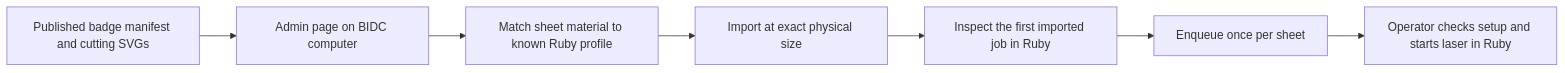
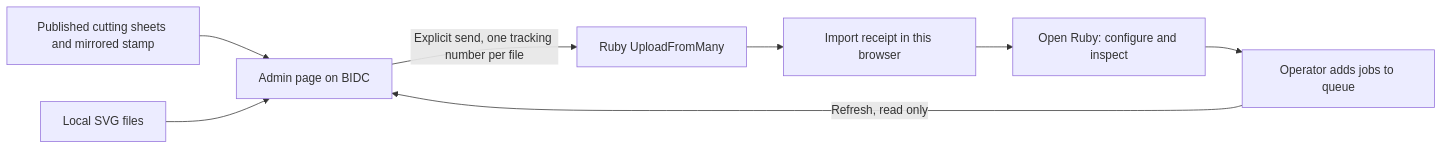
One commit to purduehackers/badges changed the diagram in docs/ruby.md. Above: the diagram before and after it, drawn with Mermaid. The commit also changed other lines of this file and 7 other files, not shown here.

Commit message:
Build Ruby badge production MVP (#19)

````diff
--- a/docs/ruby.md
+++ b/docs/ruby.md
@@ -28,9 +11,10 @@
 ```mermaid
 flowchart LR
-  A[Published badge manifest and cutting SVGs] --> B[Admin page on BIDC computer]
-  B --> C[Match sheet material to known Ruby profile]
-  C --> D[Import at exact physical size]
-  D --> E[Inspect the first imported job in Ruby]
-  E --> F[Enqueue once per sheet]
-  F --> G[Operator checks setup and starts laser in Ruby]
+  A[Published cutting sheets and mirrored stamp] --> B[Admin page on BIDC]
+  L[Local SVG files] --> B
+  B -->|Explicit send, one tracking number per file| C[Ruby UploadFromMany]
+  C --> D[Import receipt in this browser]
+  D --> E[Open Ruby: configure and inspect]
+  E --> F[Operator adds jobs to queue]
+  F -->|Refresh, read only| B
 ```
````
